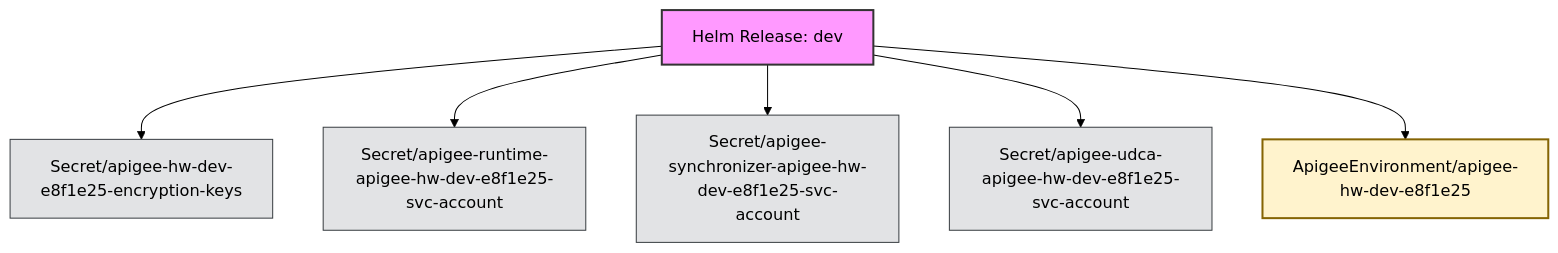
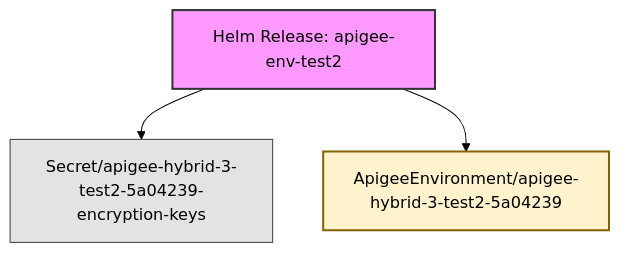
One commit to anaik91/apigee-hybrid-relationship-builder changed the diagram in generated/apigee-env-1.15.0-shallow-all.md. Above: the diagram before and after it, drawn with Mermaid (forest theme). The commit also changed other lines of this file and 60 other files, not shown here.

````diff
--- a/generated/apigee-env-1.15.0-shallow-all.md
+++ b/generated/apigee-env-1.15.0-shallow-all.md
@@ -11,32 +11,23 @@
 ```mermaid
 graph TD;
     classDef helm fill:#f9f,stroke:#333,stroke-width:2px,color:#000
     classDef workload fill:#cce5ff,stroke:#004085,stroke-width:1px,color:#000
     classDef network fill:#d4edda,stroke:#155724,stroke-width:1px,color:#000
     classDef config fill:#e2e3e5,stroke:#383d41,stroke-width:1px,color:#000
     classDef rbac fill:#f8d7da,stroke:#721c24,stroke-width:1px,color:#000
     classDef apigee_crd fill:#fff3cd,stroke:#856404,stroke-width:2px,color:#000
     classDef cert_manager_crd fill:#d1ecf1,stroke:#0c5460,stroke-width:2px,color:#000
     classDef webhook fill:#ddd,stroke:#333,stroke-width:2px,color:#000
     classDef default fill:#fff,stroke:#333,stroke-width:1px,color:#000
 
-    HelmReleasedev["Helm Release: dev"]
-    Secretapigeehwdeve8f1e25encryptionkeys["Secret/apigee-hw-dev-e8f1e25-encryption-keys"]
-    Secretapigeeruntimeapigeehwdeve8f1e25svcaccount["Secret/apigee-runtime-apigee-hw-dev-e8f1e25-svc-account"]
-    Secretapigeesynchronizerapigeehwdeve8f1e25svcaccount["Secret/apigee-synchronizer-apigee-hw-dev-e8f1e25-svc-account"]
-    Secretapigeeudcaapigeehwdeve8f1e25svcaccount["Secret/apigee-udca-apigee-hw-dev-e8f1e25-svc-account"]
-    ApigeeEnvironmentapigeehwdeve8f1e25["ApigeeEnvironment/apigee-hw-dev-e8f1e25"]
+    HelmReleaseapigeeenvtest2["Helm Release: apigee-env-test2"]
+    Secretapigeehybrid3test25a04239encryptionkeys["Secret/apigee-hybrid-3-test2-5a04239-encryption-keys"]
+    ApigeeEnvironmentapigeehybrid3test25a04239["ApigeeEnvironment/apigee-hybrid-3-test2-5a04239"]
 
-    class HelmReleasedev helm;
-    class Secretapigeehwdeve8f1e25encryptionkeys config;
-    class Secretapigeeruntimeapigeehwdeve8f1e25svcaccount config;
-    class Secretapigeesynchronizerapigeehwdeve8f1e25svcaccount config;
-    class Secretapigeeudcaapigeehwdeve8f1e25svcaccount config;
-    class ApigeeEnvironmentapigeehwdeve8f1e25 apigee_crd;
+    class HelmReleaseapigeeenvtest2 helm;
+    class Secretapigeehybrid3test25a04239encryptionkeys config;
+    class ApigeeEnvironmentapigeehybrid3test25a04239 apigee_crd;
 
-    HelmReleasedev --> Secretapigeehwdeve8f1e25encryptionkeys
-    HelmReleasedev --> Secretapigeeruntimeapigeehwdeve8f1e25svcaccount
-    HelmReleasedev --> Secretapigeesynchronizerapigeehwdeve8f1e25svcaccount
-    HelmReleasedev --> Secretapigeeudcaapigeehwdeve8f1e25svcaccount
-    HelmReleasedev --> ApigeeEnvironmentapigeehwdeve8f1e25
+    HelmReleaseapigeeenvtest2 --> Secretapigeehybrid3test25a04239encryptionkeys
+    HelmReleaseapigeeenvtest2 --> ApigeeEnvironmentapigeehybrid3test25a04239
 ```
````
